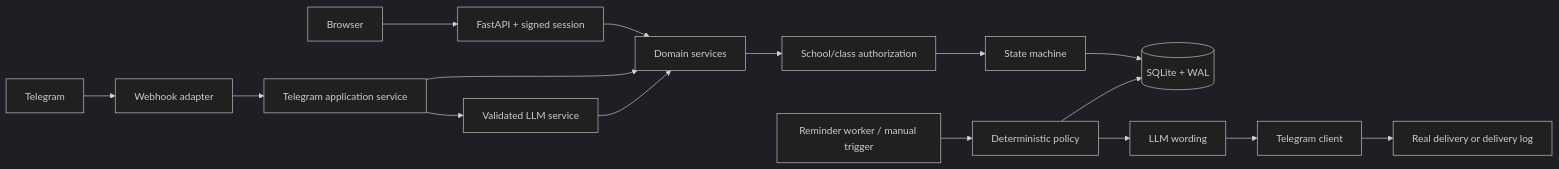
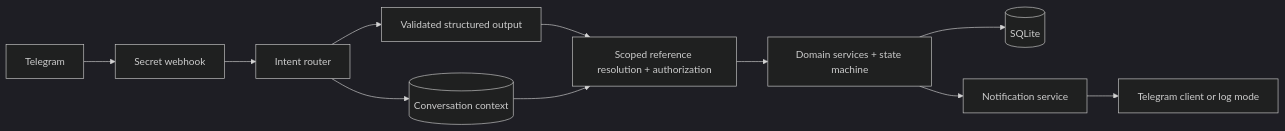
One commit to karthikLagudu/classroom-companion changed the first of 2 diagrams in README.md. Above: the diagram before and after it, drawn with Mermaid (dark theme). The commit also changed other lines of this file and 50 other files, not shown here.

````diff
--- a/README.md
+++ b/README.md
@@ -29,18 +26,13 @@
 ```mermaid
 flowchart LR
-    TG[Telegram] --> WH[Webhook adapter]
-    WEB[Browser] --> HTTP[FastAPI + signed session]
-    WH --> TS[Telegram application service]
-    HTTP --> DS[Domain services]
-    TS --> LLM[Validated LLM service]
-    TS --> DS
-    LLM --> DS
-    DS --> AUTH[School/class authorization]
-    AUTH --> SM[State machine]
-    SM --> DB[(SQLite + WAL)]
-    WORKER[Reminder worker / manual trigger] --> POLICY[Deterministic policy]
-    POLICY --> DB
-    POLICY --> COPY[LLM wording]
-    COPY --> TGC[Telegram client]
-    TGC --> LOG[Real delivery or delivery log]
+    TG[Telegram] --> WH[Secret webhook]
+    WH --> R[Intent router]
+    R --> LLM[Validated structured output]
+    R --> CTX[(Conversation context)]
+    LLM --> AUTH[Scoped reference resolution + authorization]
+    CTX --> AUTH
+    AUTH --> DOMAIN[Domain services + state machine]
+    DOMAIN --> DB[(SQLite)]
+    DOMAIN --> N[Notification service]
+    N --> BOT[Telegram client or log mode]
 ```
````
